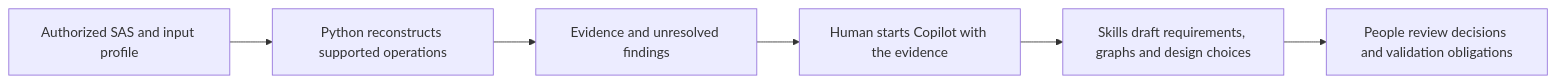
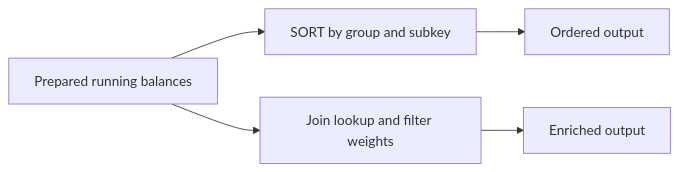
One commit to keshavnath1/SASInsight changed the diagram in walkthrough/01-start-here.md. Above: the diagram before and after it, drawn with Mermaid. The commit also changed other lines of this file and 1 other file, not shown here.

Commit message:
Explain the SAS evidence workflow from business question to parser details

```diff
--- a/walkthrough/01-start-here.md
+++ b/walkthrough/01-start-here.md
@@ -14,8 +17,7 @@
 ~~~mermaid
 flowchart LR
-    A["Authorized SAS and input profile"] --> B["Python reconstructs supported operations"]
-    B --> C["Evidence and unresolved findings"]
-    C --> D["Human starts Copilot with the evidence"]
-    D --> E["Skills draft requirements, graphs and design choices"]
-    E --> F["People review decisions and validation obligations"]
+    A["Prepared running balances"] --> B["SORT by group and subkey"]
+    B --> C["Ordered output"]
+    A --> D["Join lookup and filter weights"]
+    D --> E["Enriched output"]
 ~~~
```
